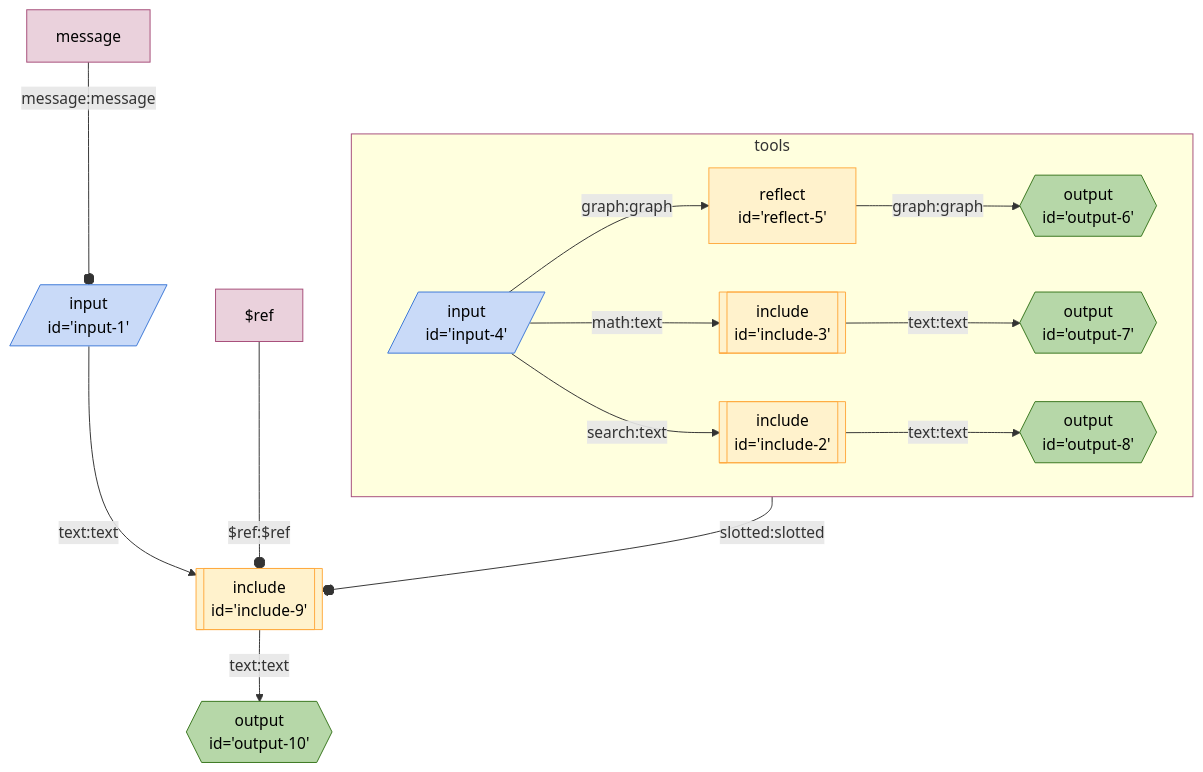
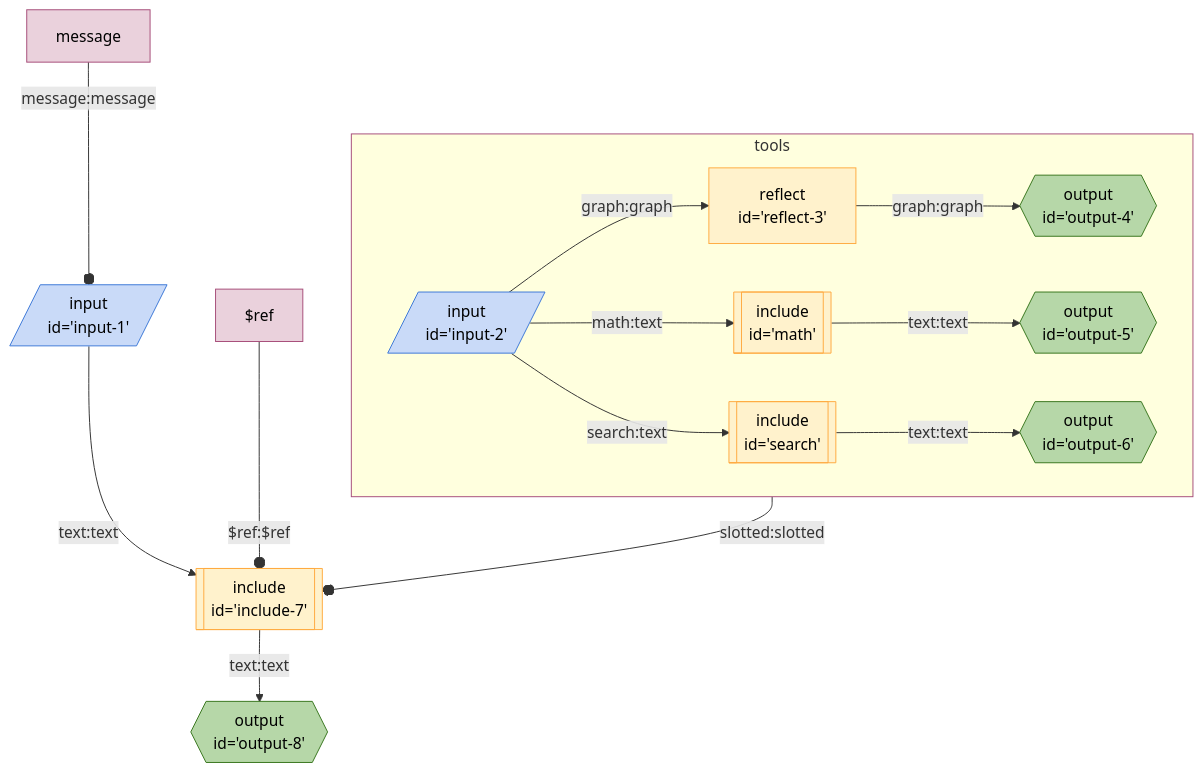
The diagram in seeds/breadboard/examples/call-react-with-slot.md (breadboard-ai/breadboard), drawn with Mermaid before and after one commit. The commit also changed 5 other files, not shown here.

````diff
--- a/seeds/breadboard/examples/call-react-with-slot.md
+++ b/seeds/breadboard/examples/call-react-with-slot.md
@@ -3,43 +3,43 @@
 ```mermaid
 %%{init: 'themeVariables': { 'fontFamily': 'Fira Code, monospace' }}%%
 graph TD;
-include9[["include
-id='include-9'"]]:::include -- text:text --> output10{{"output
-id='output-10'"}}:::output
+include7[["include
+id='include-7'"]]:::include -- text:text --> output8{{"output
+id='output-8'"}}:::output
 subgraph tools
-reflect5["reflect
-id='reflect-5'"] -- graph:graph --> output6{{"output
+reflect3["reflect
+id='reflect-3'"] -- graph:graph --> output4{{"output
+id='output-4'"}}:::output
+input2[/"input
+id='input-2'"/]:::input -- graph:graph --> reflect3["reflect
+id='reflect-3'"]
+math[["include
+id='math'"]]:::include -- text:text --> output5{{"output
+id='output-5'"}}:::output
+input2[/"input
+id='input-2'"/]:::input -- math:text --> math[["include
+id='math'"]]:::include
+search[["include
+id='search'"]]:::include -- text:text --> output6{{"output
 id='output-6'"}}:::output
-input4[/"input
-id='input-4'"/]:::input -- graph:graph --> reflect5["reflect
-id='reflect-5'"]
-include3[["include
-id='include-3'"]]:::include -- text:text --> output7{{"output
-id='output-7'"}}:::output
-input4[/"input
-id='input-4'"/]:::input -- math:text --> include3[["include
-id='include-3'"]]:::include
-include2[["include
-id='include-2'"]]:::include -- text:text --> output8{{"output
-id='output-8'"}}:::output
-input4[/"input
-id='input-4'"/]:::input -- search:text --> include2[["include
-id='include-2'"]]:::include
+input2[/"input
+id='input-2'"/]:::input -- search:text --> search[["include
+id='search'"]]:::include
 end
-tools:::slotted --slotted:slotted--o include9
+tools:::slotted --slotted:slotted--o include7
 
 input1[/"input
-id='input-1'"/]:::input -- text:text --> include9[["include
-id='include-9'"]]:::include
+id='input-1'"/]:::input -- text:text --> include7[["include
+id='include-7'"]]:::include
 messageinput1[message]:::config -- message:message --o input1
-$refinclude9[$ref]:::config -- $ref:$ref --o include9
+$refinclude7[$ref]:::config -- $ref:$ref --o include7
 
 classDef default stroke:#ffab40,fill:#fff2ccff,color:#000
 classDef input stroke:#3c78d8,fill:#c9daf8ff,color:#000
 classDef output stroke:#38761d,fill:#b6d7a8ff,color:#000
 classDef passthrough stroke:#a64d79,fill:#ead1dcff,color:#000
 classDef slot stroke:#a64d79,fill:#ead1dcff,color:#000
 classDef config stroke:#a64d79,fill:#ead1dcff,color:#000
 classDef secrets stroke:#db4437,fill:#f4cccc,color:#000
 classDef slotted stroke:#a64d79
 ```
````
